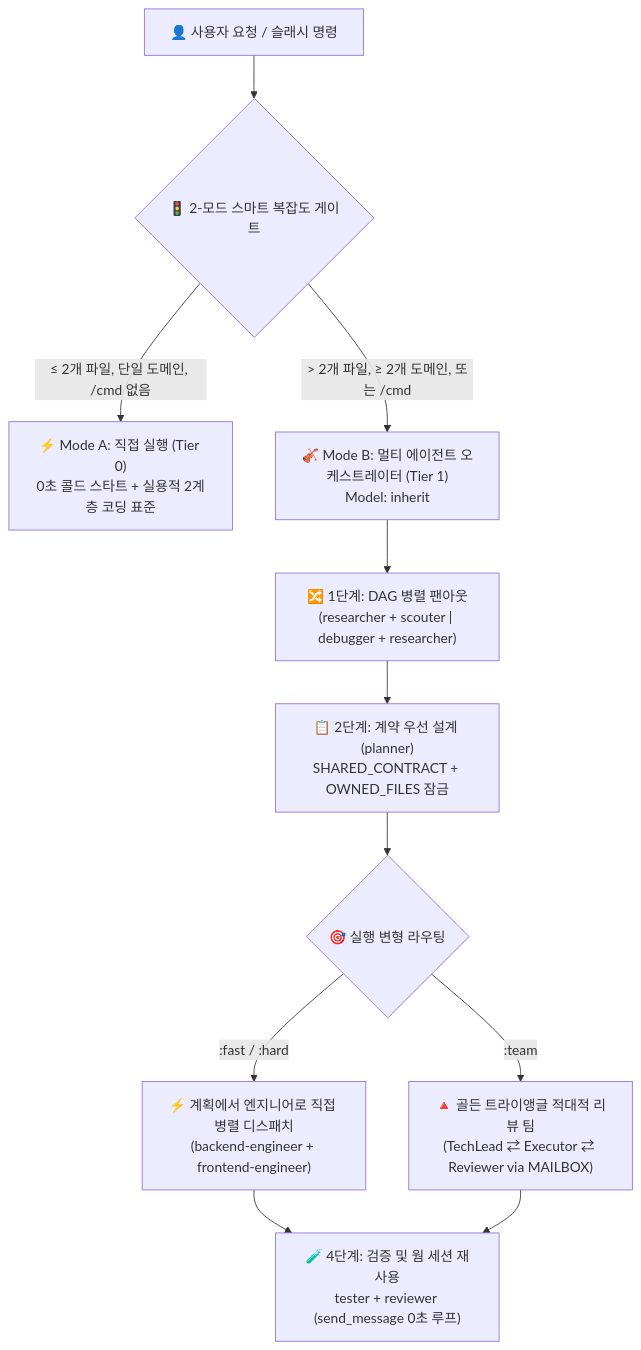
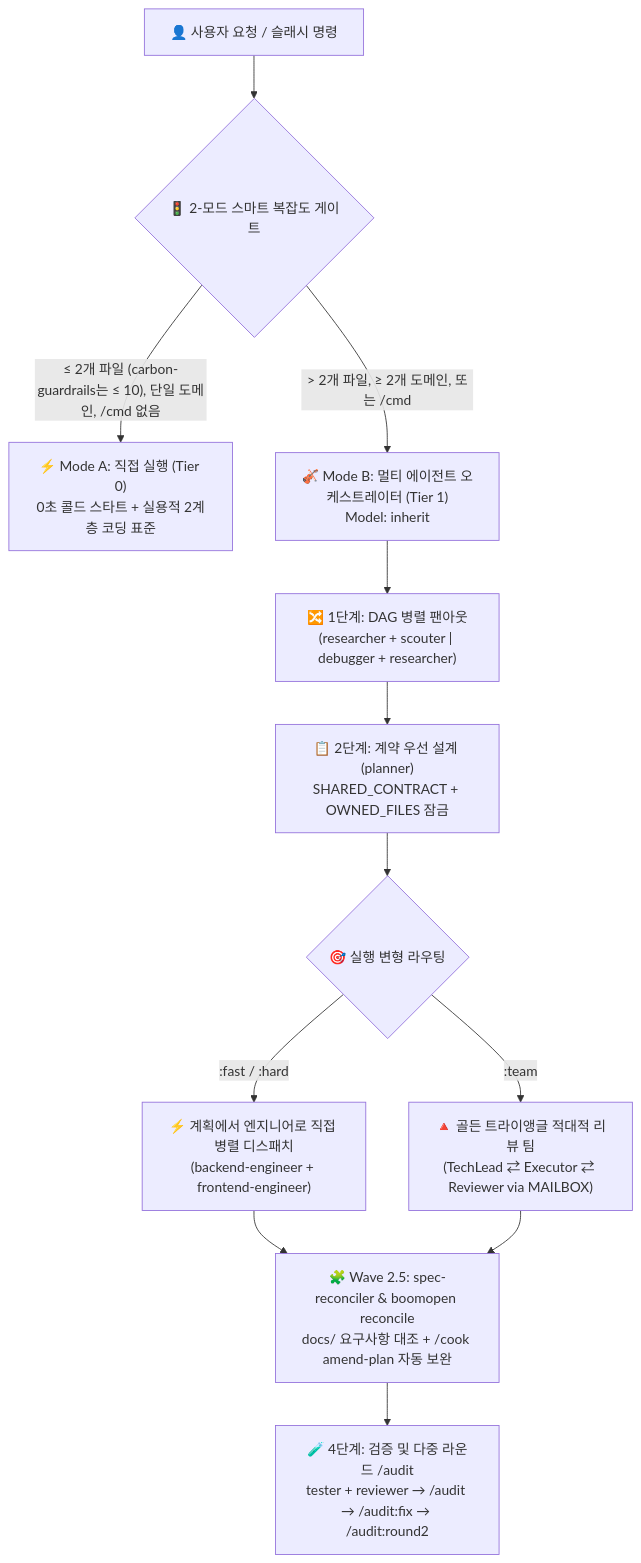
One commit to Kennyboom/BoomOpen-Workflow-Kit-Pro changed the diagram in i18n/README.ko.md. Above: the diagram before and after it, drawn with Mermaid. The commit also changed other lines of this file and 17 other files, not shown here.

Commit message:
docs(i18n): sync all 17 READMEs with v5.5 reconcile, /audit, carbon-guardrails & overnight /goal prompt

````diff
--- a/i18n/README.ko.md
+++ b/i18n/README.ko.md
@@ -49,16 +49,17 @@
 ```mermaid
 flowchart TD
     User["👤 사용자 요청 / 슬래시 명령"] --> Gate{"🚦 2-모드 스마트 복잡도 게이트"}
-    Gate -->|"≤ 2개 파일, 단일 도메인, /cmd 없음"| ModeA["⚡ Mode A: 직접 실행 (Tier 0)<br/>0초 콜드 스타트 + 실용적 2계층 코딩 표준"]
+    Gate -->|"≤ 2개 파일 (carbon-guardrails는 ≤ 10), 단일 도메인, /cmd 없음"| ModeA["⚡ Mode A: 직접 실행 (Tier 0)<br/>0초 콜드 스타트 + 실용적 2계층 코딩 표준"]
     Gate -->|"> 2개 파일, ≥ 2개 도메인, 또는 /cmd"| ModeB["🎻 Mode B: 멀티 에이전트 오케스트레이터 (Tier 1)<br/>Model: inherit"]
 
     ModeB --> FanOut["🔀 1단계: DAG 병렬 팬아웃<br/>(researcher + scouter | debugger + researcher)"]
     FanOut --> Plan["📋 2단계: 계약 우선 설계 (planner)<br/>SHARED_CONTRACT + OWNED_FILES 잠금"]
     Plan --> Dispatch{"🎯 실행 변형 라우팅"}
 
     Dispatch -->|":fast / :hard"| Direct["⚡ 계획에서 엔지니어로 직접 병렬 디스패치<br/>(backend-engineer + frontend-engineer)"]
     Dispatch -->|":team"| Triangle["🔺 골든 트라이앵글 적대적 리뷰 팀<br/>(TechLead ⇄ Executor ⇄ Reviewer via MAILBOX)"]
 
-    Direct --> Verify["🧪 4단계: 검증 및 웜 세션 재사용<br/>tester + reviewer (send_message 0초 루프)"]
-    Triangle --> Verify
+    Direct --> Reconcile["🧩 Wave 2.5: spec-reconciler & boomopen reconcile<br/>docs/ 요구사항 대조 + /cook amend-plan 자동 보완"]
+    Triangle --> Reconcile
+    Reconcile --> Verify["🧪 4단계: 검증 및 다중 라운드 /audit<br/>tester + reviewer → /audit → /audit:fix → /audit:round2"]
 ```
````
